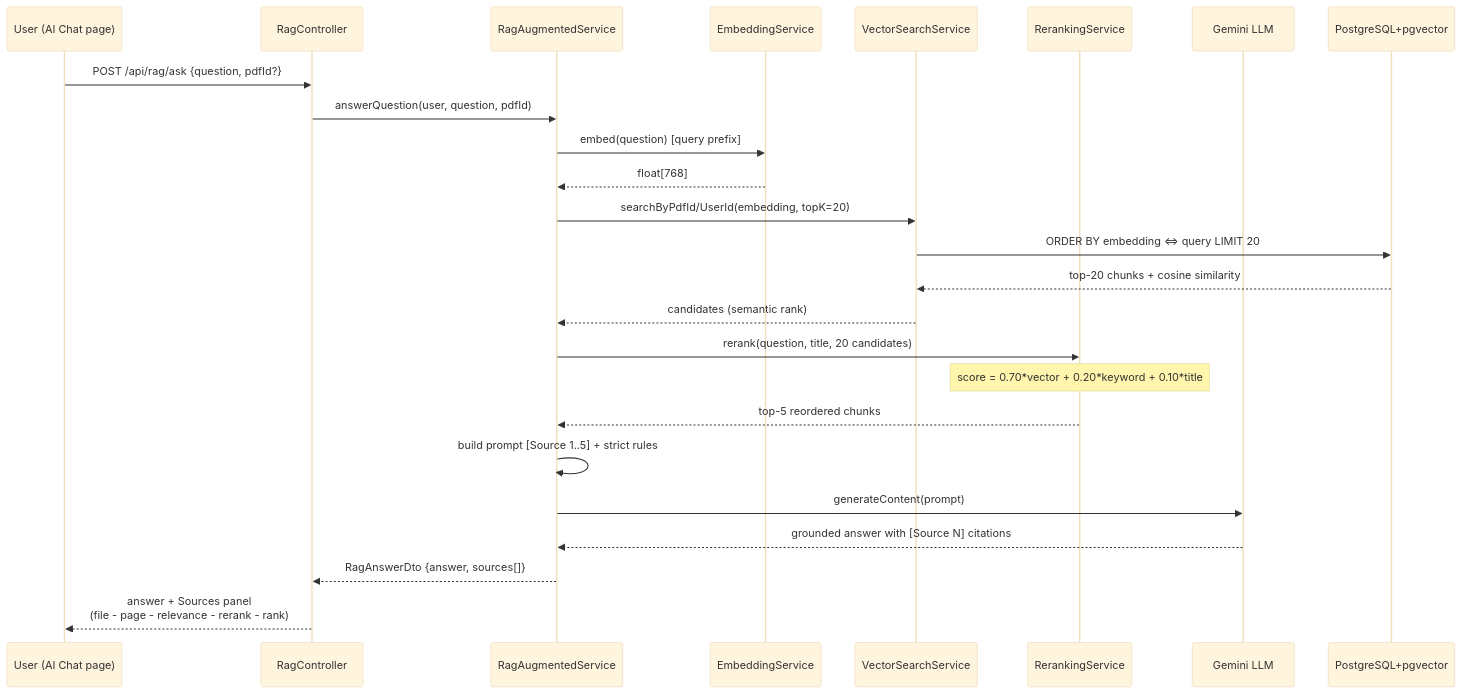
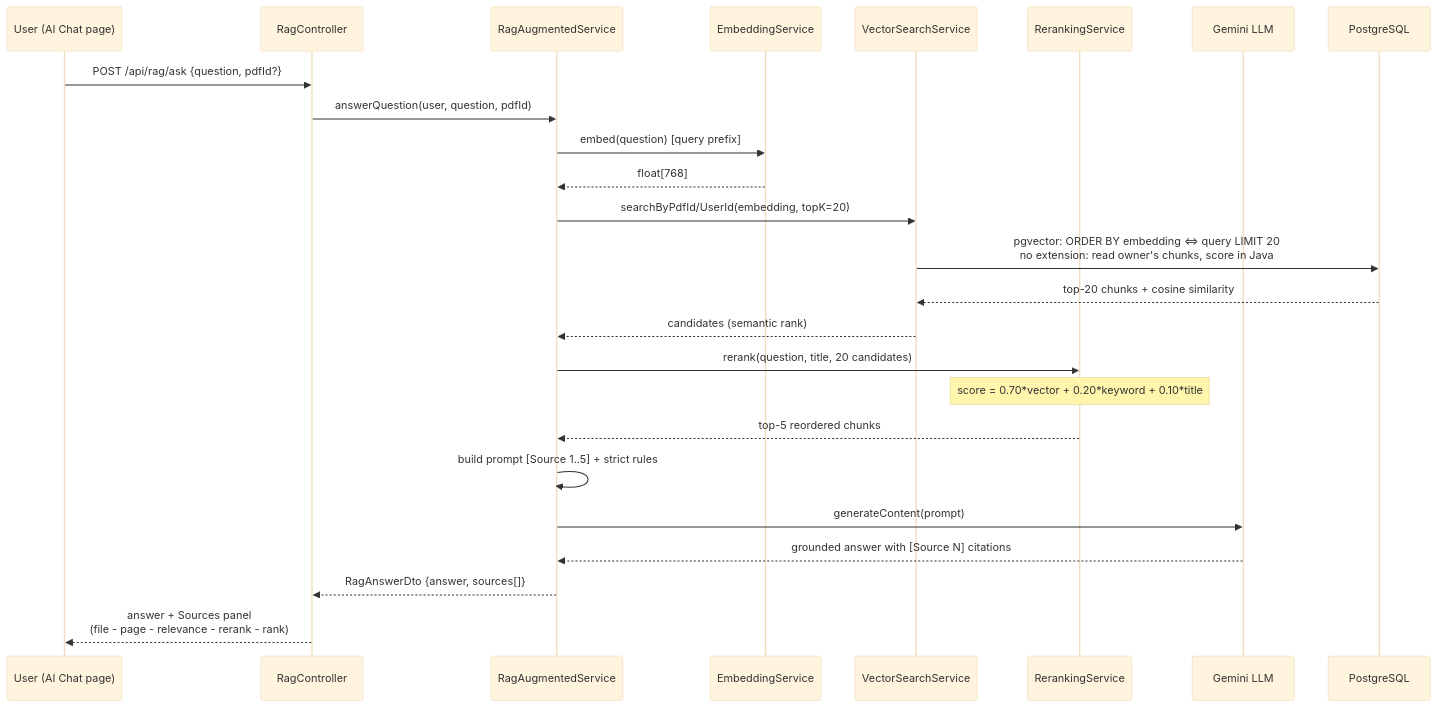
The third of 5 diagrams in docs/WORKFLOW.md (itsujwal11/aiStudyPlanner), drawn with Mermaid (base theme) before and after one commit. The commit also changed other lines of this file and 11 other files, not shown here.

Commit message:
architecture modification

````diff
--- a/docs/WORKFLOW.md
+++ b/docs/WORKFLOW.md
@@ -177,28 +192,28 @@
 ```mermaid
 sequenceDiagram
     participant U as User (AI Chat page)
     participant C as RagController
     participant R as RagAugmentedService
     participant E as EmbeddingService
     participant V as VectorSearchService
     participant RR as RerankingService
     participant G as Gemini LLM
-    participant DB as PostgreSQL+pgvector
+    participant DB as PostgreSQL
 
     U->>C: POST /api/rag/ask {question, pdfId?}
     C->>R: answerQuestion(user, question, pdfId)
     R->>E: embed(question)  [query prefix]
     E-->>R: float[768]
     R->>V: searchByPdfId/UserId(embedding, topK=20)
-    V->>DB: ORDER BY embedding <=> query LIMIT 20
+    V->>DB: pgvector: ORDER BY embedding <=> query LIMIT 20<br/>no extension: read owner's chunks, score in Java
     DB-->>V: top-20 chunks + cosine similarity
     V-->>R: candidates (semantic rank)
     R->>RR: rerank(question, title, 20 candidates)
     Note over RR: score = 0.70*vector + 0.20*keyword + 0.10*title
     RR-->>R: top-5 reordered chunks
     R->>R: build prompt [Source 1..5] + strict rules
     R->>G: generateContent(prompt)
     G-->>R: grounded answer with [Source N] citations
     R-->>C: RagAnswerDto {answer, sources[]}
     C-->>U: answer + Sources panel<br/>(file - page - relevance - rerank - rank)
 ```
````
